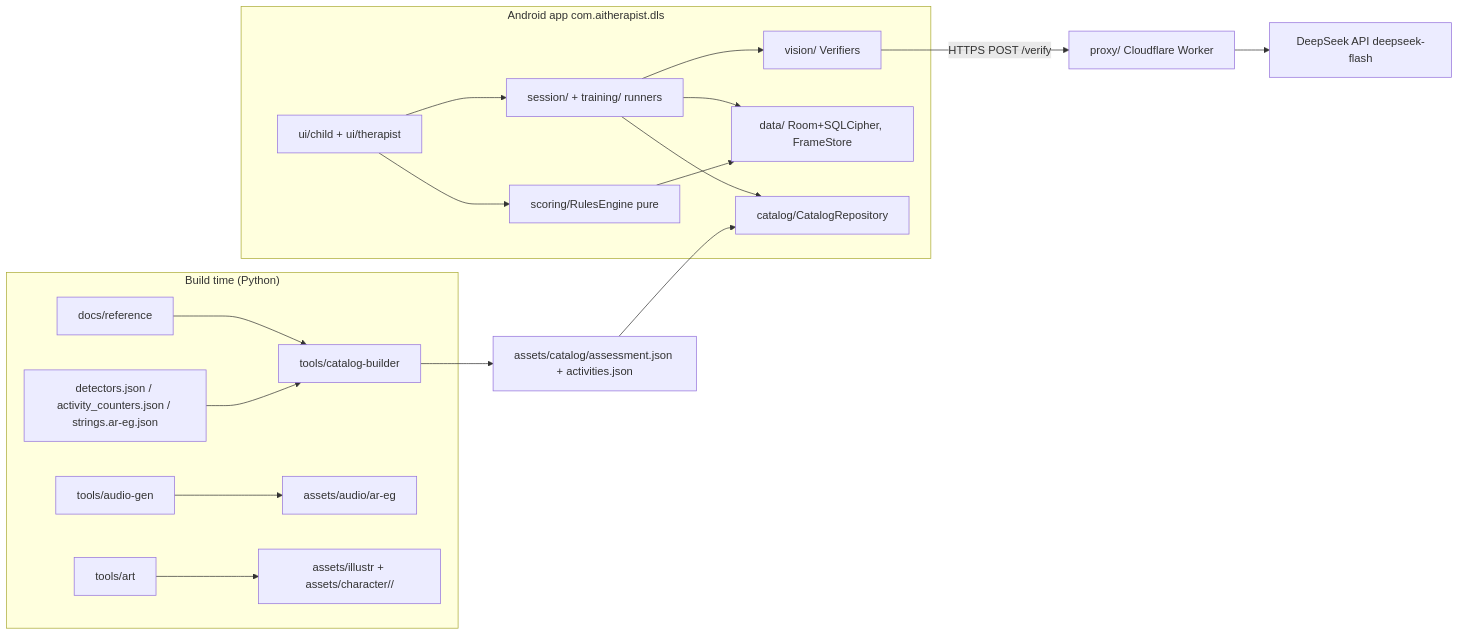
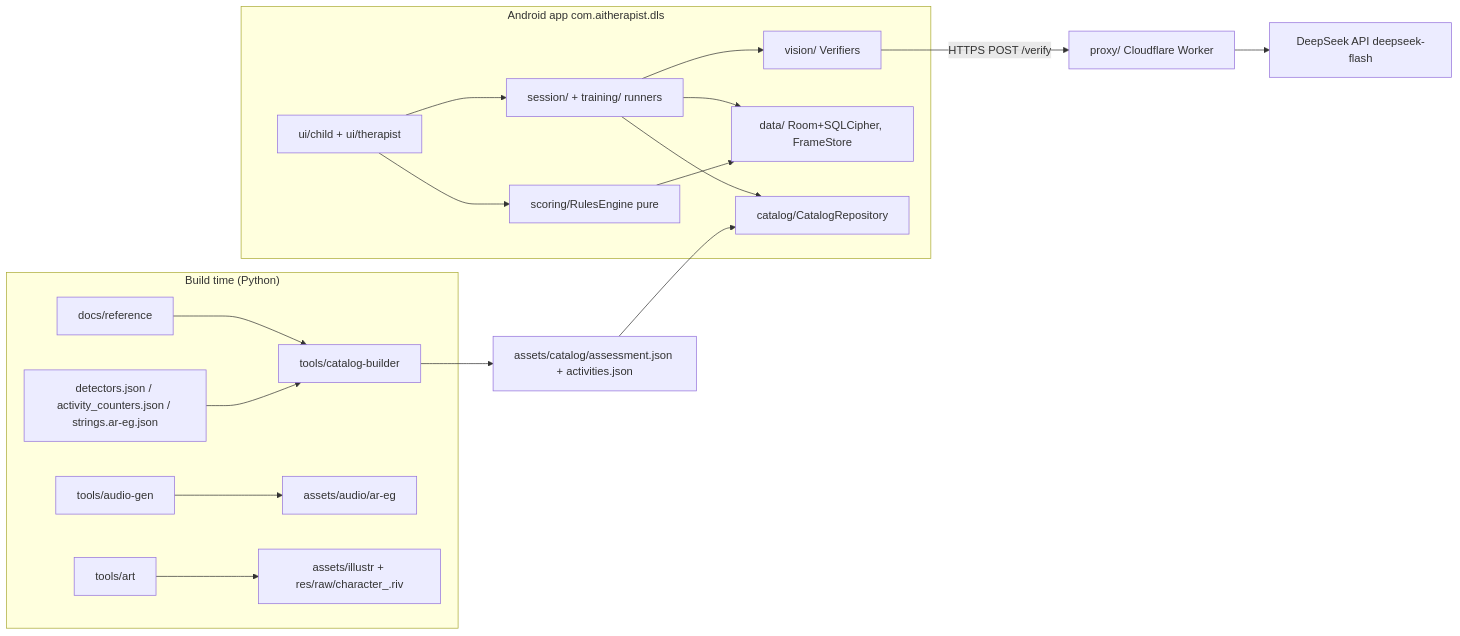
The first of 4 diagrams in _bmad-output/planning-artifacts/architecture/architecture-Ai therapist-2026-11-11/ARCHITECTURE-SPINE.md (bosamraprivate-cloud/skill-motion), drawn with Mermaid before and after one commit. The commit also changed other lines of this file and 6 other files, not shown here.

First line of the commit message:
docs(architecture): keep Rive for the character; two variants (boy, girl)

````diff
--- a/_bmad-output/planning-artifacts/architecture/architecture-Ai therapist-2026-11-11/ARCHITECTURE-SPINE.md
+++ b/_bmad-output/planning-artifacts/architecture/architecture-Ai therapist-2026-11-11/ARCHITECTURE-SPINE.md
@@ -31,21 +31,21 @@
 ```mermaid
 flowchart LR
   subgraph Build["Build time (Python)"]
     REF[docs/reference] --> CB[tools/catalog-builder]
     DET[detectors.json / activity_counters.json / strings.ar-eg.json] --> CB
     AG[tools/audio-gen] --> AUD[assets/audio/ar-eg]
-    ART[tools/art] --> ILL[assets/illustr + assets/character/<variant>/]
+    ART[tools/art] --> ILL[assets/illustr + res/raw/character_<variant>.riv]
   end
   CB --> CAT[assets/catalog/assessment.json + activities.json]
   subgraph App["Android app com.aitherapist.dls"]
     UI[ui/child + ui/therapist] --> RUN[session/ + training/ runners]
     RUN --> VER[vision/ Verifiers]
     RUN --> DATA[data/ Room+SQLCipher, FrameStore]
     UI --> RE[scoring/RulesEngine pure]
     RE --> DATA
     RUN --> CATR[catalog/CatalogRepository]
   end
   CAT --> CATR
   VER -- HTTPS POST /verify --> PX[proxy/ Cloudflare Worker]
   PX --> DS[DeepSeek API deepseek-flash]
 ```
````
